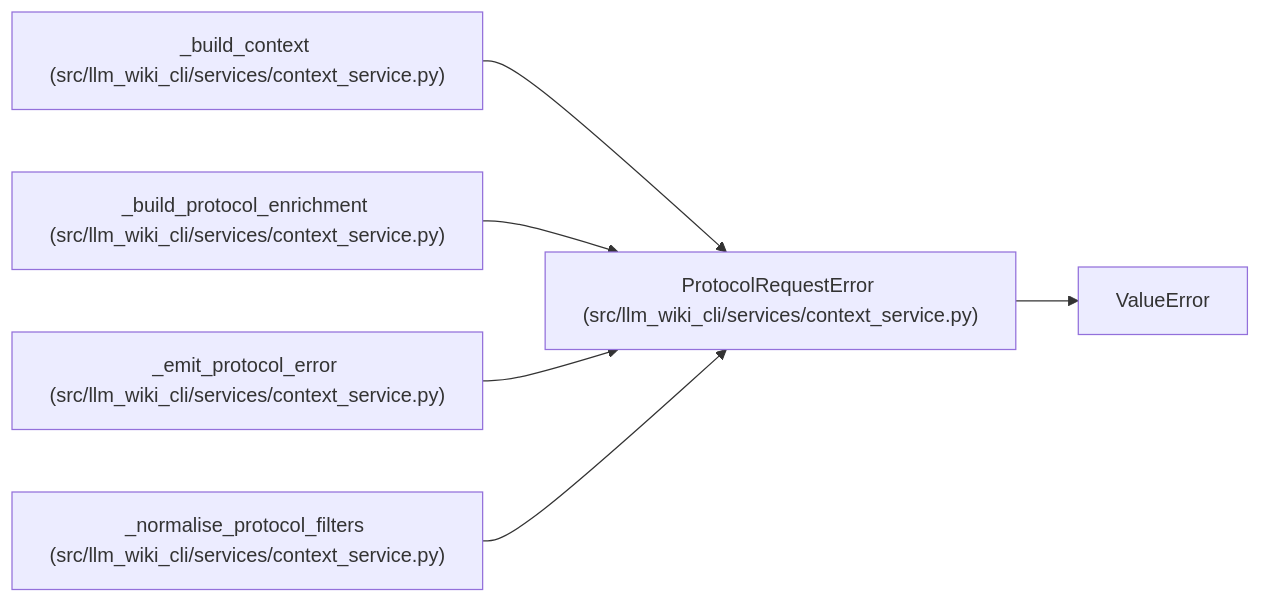
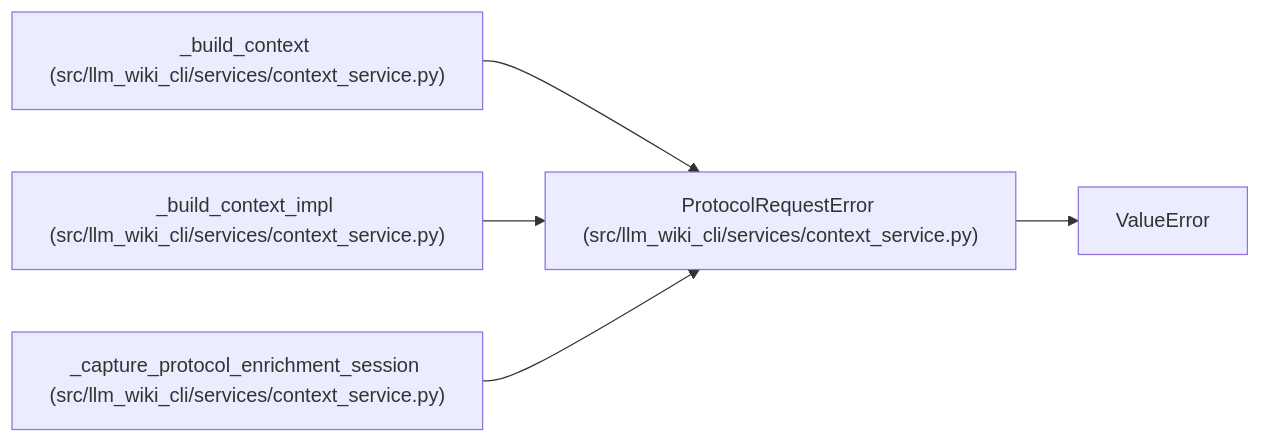
One commit to Denissvgn/python-wiki-llm changed the diagram in docs/llm_wiki/entities/ProtocolRequestError.md. Above: the diagram before and after it, drawn with Mermaid. The commit also changed other lines of this file and 364 other files, not shown here.

````diff
--- a/docs/llm_wiki/entities/ProtocolRequestError.md
+++ b/docs/llm_wiki/entities/ProtocolRequestError.md
@@ -25,19 +25,16 @@
 ```mermaid
 flowchart LR
     n0["ProtocolRequestError (src/llm_wiki_cli/services/context_service.py)"]
     n1["ValueError"]
     n2["_build_context (src/llm_wiki_cli/services/context_service.py)"]
-    n3["_build_protocol_enrichment (src/llm_wiki_cli/services/context_service.py)"]
-    n4["_emit_protocol_error (src/llm_wiki_cli/services/context_service.py)"]
-    n5["_normalise_protocol_filters (src/llm_wiki_cli/services/context_service.py)"]
+    n3["_build_context_impl (src/llm_wiki_cli/services/context_service.py)"]
+    n4["_capture_protocol_enrichment_session (src/llm_wiki_cli/services/context_service.py)"]
     n0 --> n1
     n2 --> n0
     n3 --> n0
     n4 --> n0
-    n5 --> n0
     click n0 "../modules/context_service.md"
     click n2 "../modules/context_service.md"
     click n3 "../modules/context_service.md"
     click n4 "../modules/context_service.md"
-    click n5 "../modules/context_service.md"
 ```
````
